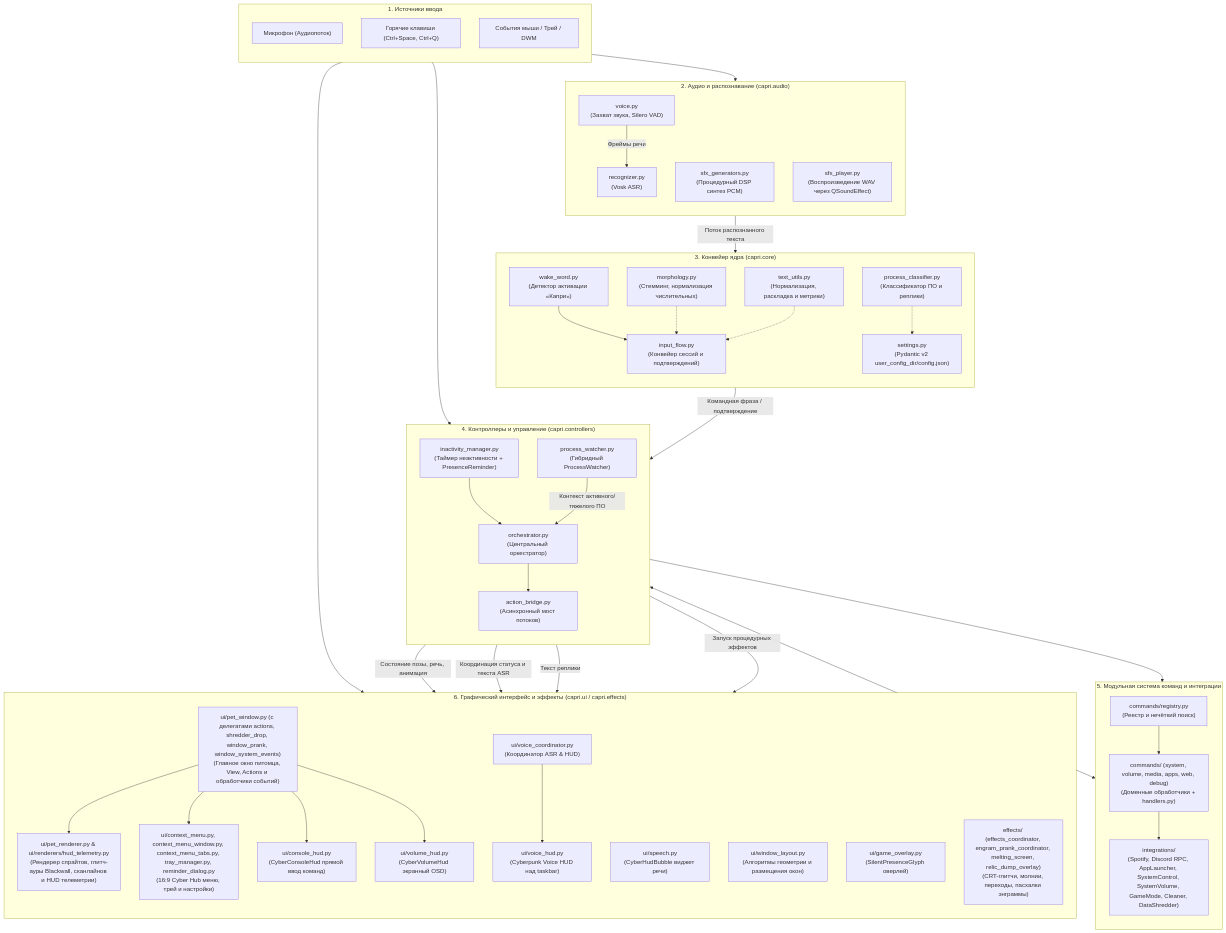
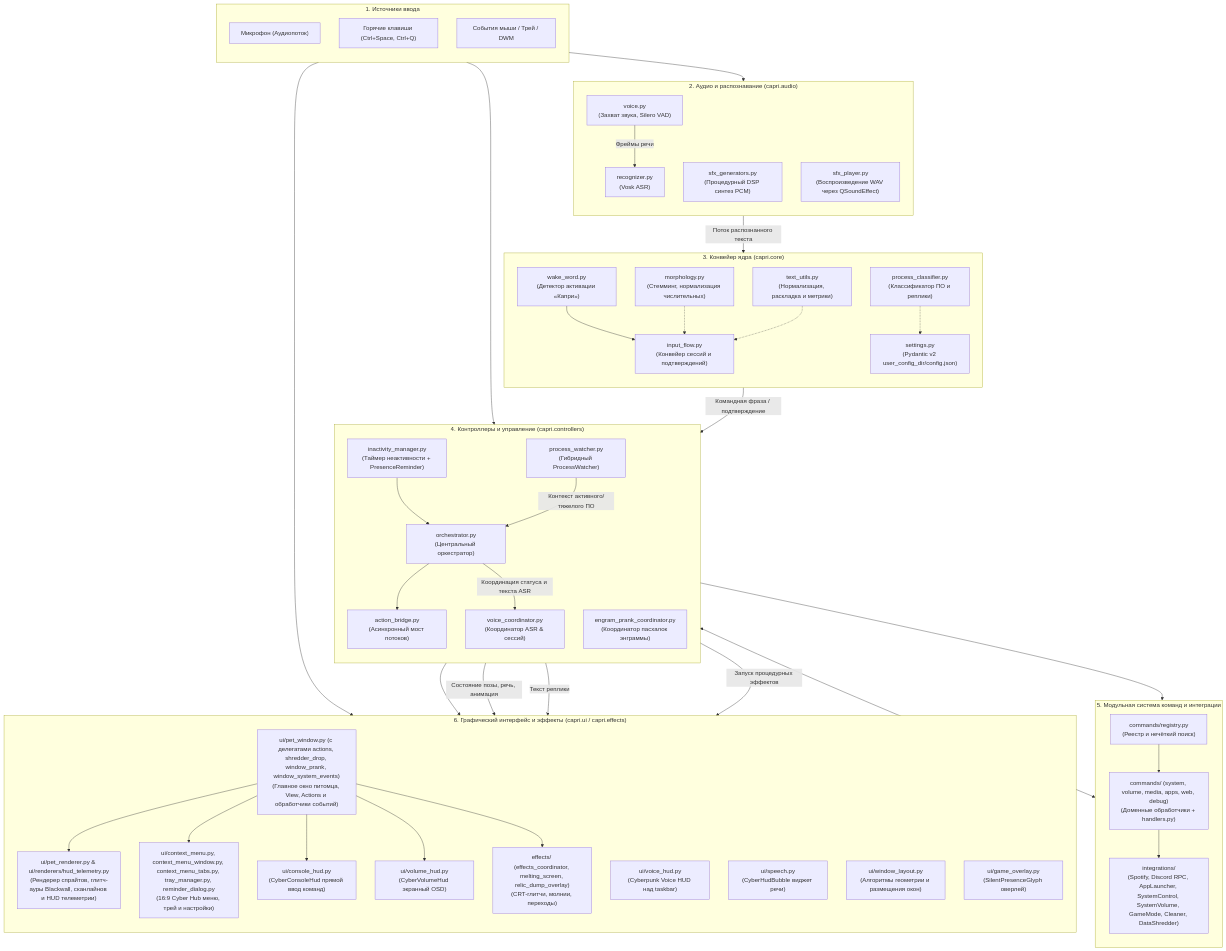
Before and after one commit to xTerionsilker/CapriPet-Python: the first of 6 diagrams in docs/architecture.md, drawn with Mermaid. The commit also changed 9 other files, not shown here.

Commit message:
refactor(controllers): relocate voice and prank coordinators

```diff
--- a/docs/architecture.md
+++ b/docs/architecture.md
@@ -49,6 +49,8 @@
         Inactivity["inactivity_manager.py<br/>(Таймер неактивности + PresenceReminder)"]
         Watcher["process_watcher.py<br/>(Гибридный ProcessWatcher)"]
         ActionBridge["action_bridge.py<br/>(Асинхронный мост потоков)"]
+        VoiceCoord["voice_coordinator.py<br/>(Координатор ASR & сессий)"]
+        PrankCoord["engram_prank_coordinator.py<br/>(Координатор пасхалок энграммы)"]
     end
 
     %% Команды и интеграции
@@ -69,19 +71,19 @@
         PetRenderer["ui/pet_renderer.py & ui/renderers/hud_telemetry.py<br/>(Рендерер спрайтов, глитч-ауры Blackwall, сканлайнов и HUD телеметрии)"]
         ContextMenu["ui/context_menu.py, context_menu_window.py, context_menu_tabs.py, tray_manager.py, reminder_dialog.py<br/>(16:9 Cyber Hub меню, трей и настройки)"]
         ConsoleHUD["ui/console_hud.py<br/>(CyberConsoleHud прямой ввод команд)"]
-        VoiceCoord["ui/voice_coordinator.py<br/>(Координатор ASR & HUD)"]
         VoiceHUD["ui/voice_hud.py<br/>(Cyberpunk Voice HUD над taskbar)"]
         VolumeHUD["ui/volume_hud.py<br/>(CyberVolumeHud экранный OSD)"]
         SpeechHUD["ui/speech.py<br/>(CyberHudBubble виджет речи)"]
         WindowLayout["ui/window_layout.py<br/>(Алгоритмы геометрии и размещения окон)"]
         GameOverlay["ui/game_overlay.py<br/>(SilentPresenceGlyph оверлей)"]
-        Effects["effects/ (effects_coordinator, engram_prank_coordinator, melting_screen, relic_dump_overlay)<br/>(CRT-глитчи, молнии, переходы, пасхалки энграммы)"]
+        Effects["effects/ (effects_coordinator, melting_screen, relic_dump_overlay)<br/>(CRT-глитчи, молнии, переходы)"]
 
         PetWindow --> PetRenderer
         PetWindow --> ContextMenu
         PetWindow --> ConsoleHUD
         PetWindow --> VolumeHUD
         VoiceCoord --> VoiceHUD
+        PetWindow --> Effects
     end
 
     %% Связи между уровнями
```
